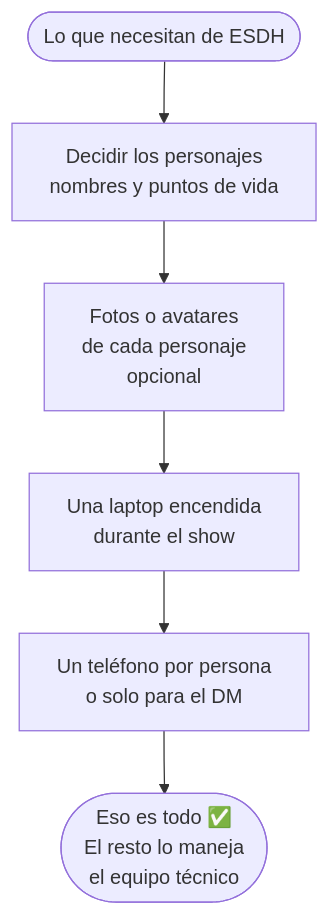
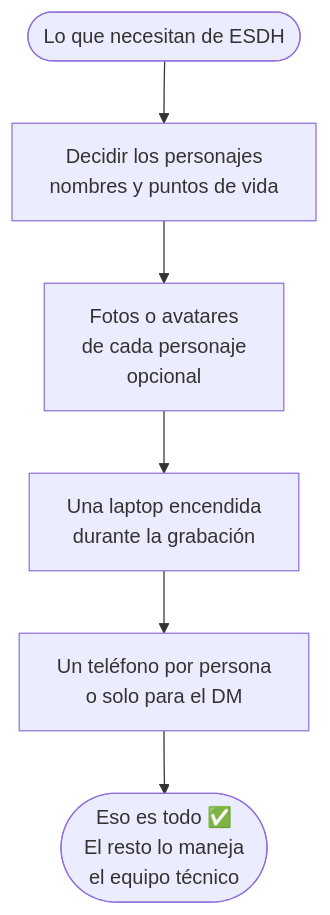
One commit to s0lci700/OVERLAYS changed the ninth of 12 diagrams in demo-pitch-docs/workflow-stakeholders.md. Above: the diagram before and after it, drawn with Mermaid. The commit also changed other lines of this file and 2 other files, not shown here.

Commit message:
Reframe docs: recorded show primary use case, timestamp post-production benefit, demo data caveat

````diff
--- a/demo-pitch-docs/workflow-stakeholders.md
+++ b/demo-pitch-docs/workflow-stakeholders.md
@@ -217,8 +255,8 @@
 ```mermaid
 flowchart TD
     A([Lo que necesitan de ESDH]) --> B[Decidir los personajes\nnombres y puntos de vida]
     B --> C[Fotos o avatares\nde cada personaje\nopcional]
-    C --> D[Una laptop encendida\ndurante el show]
+    C --> D[Una laptop encendida\ndurante la grabación]
     D --> E[Un teléfono por persona\no solo para el DM]
     E --> F([Eso es todo ✅\nEl resto lo maneja\nel equipo técnico])
 ```
````
